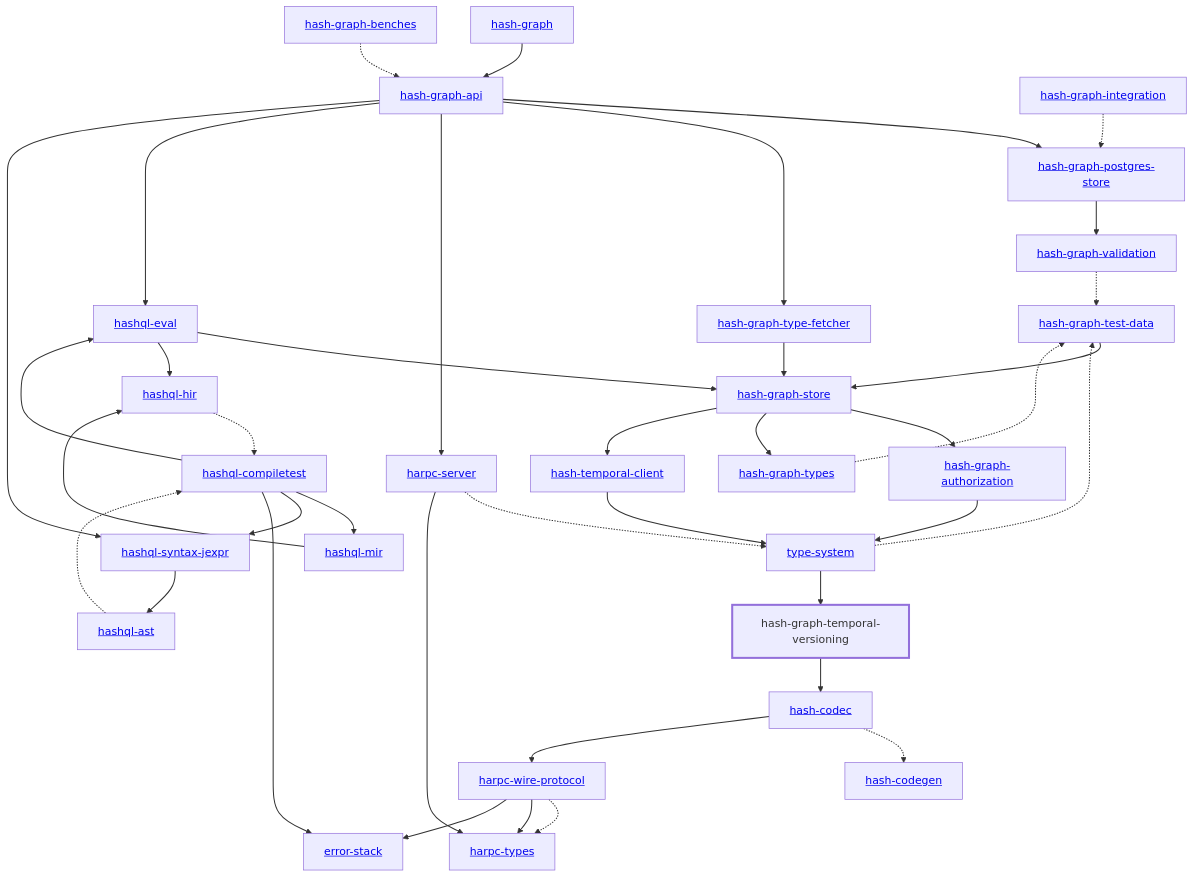
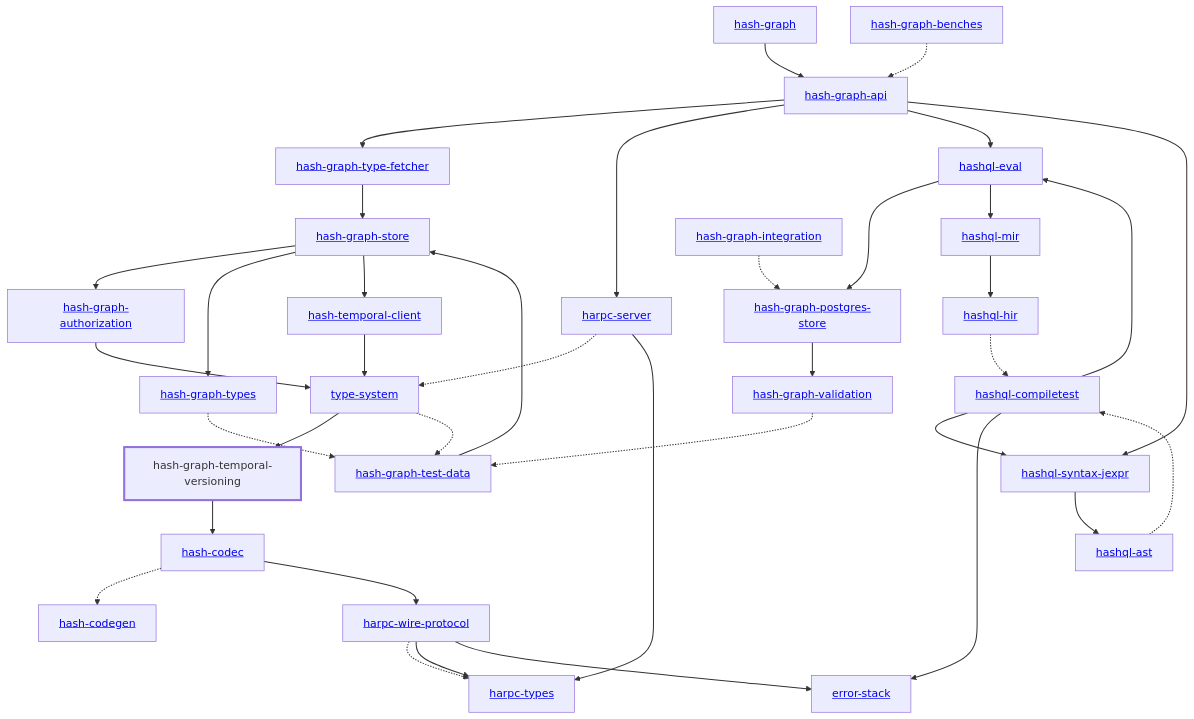
One commit to hashintel/hash changed the diagram in libs/@local/graph/temporal-versioning/docs/dependency-diagram.mmd. Above: the diagram before and after it, drawn with Mermaid. The commit also changed 69 other files, not shown here.

```diff
--- a/libs/@local/graph/temporal-versioning/docs/dependency-diagram.mmd
+++ b/libs/@local/graph/temporal-versioning/docs/dependency-diagram.mmd
@@ -1,75 +1,73 @@
 graph TD
     linkStyle default stroke-width:1.5px
     classDef default stroke-width:1px
     classDef root stroke-width:3px
     classDef dev stroke-width:1px
     classDef build stroke-width:1px
     %% Legend
     %% --> : Normal dependency
     %% -.-> : Dev dependency
     %% ---> : Build dependency
     0[<a href="../hash_graph/index.html">hash-graph</a>]
     1[<a href="../type_system/index.html">type-system</a>]
     2[<a href="../hash_codec/index.html">hash-codec</a>]
     3[<a href="../hash_codegen/index.html">hash-codegen</a>]
     4[<a href="../hash_graph_api/index.html">hash-graph-api</a>]
     5[<a href="../hash_graph_authorization/index.html">hash-graph-authorization</a>]
     6[<a href="../hash_graph_postgres_store/index.html">hash-graph-postgres-store</a>]
     7[<a href="../hash_graph_store/index.html">hash-graph-store</a>]
     8[hash-graph-temporal-versioning]
     class 8 root
     9[<a href="../hash_graph_type_fetcher/index.html">hash-graph-type-fetcher</a>]
     10[<a href="../hash_graph_types/index.html">hash-graph-types</a>]
     11[<a href="../hash_graph_validation/index.html">hash-graph-validation</a>]
     12[<a href="../harpc_server/index.html">harpc-server</a>]
     13[<a href="../harpc_types/index.html">harpc-types</a>]
     14[<a href="../harpc_wire_protocol/index.html">harpc-wire-protocol</a>]
     15[<a href="../hashql_ast/index.html">hashql-ast</a>]
     16[<a href="../hashql_compiletest/index.html">hashql-compiletest</a>]
     17[<a href="../hashql_eval/index.html">hashql-eval</a>]
     18[<a href="../hashql_hir/index.html">hashql-hir</a>]
     19[<a href="../hashql_mir/index.html">hashql-mir</a>]
     20[<a href="../hashql_syntax_jexpr/index.html">hashql-syntax-jexpr</a>]
     21[<a href="../hash_temporal_client/index.html">hash-temporal-client</a>]
     22[<a href="../error_stack/index.html">error-stack</a>]
     23[<a href="../hash_graph_benches/index.html">hash-graph-benches</a>]
     24[<a href="../hash_graph_integration/index.html">hash-graph-integration</a>]
     25[<a href="../hash_graph_test_data/index.html">hash-graph-test-data</a>]
     0 --> 4
     1 --> 8
     1 -.-> 25
     2 -.-> 3
     2 --> 14
-    4 --> 6
     4 --> 9
     4 --> 12
     4 --> 17
     4 --> 20
     5 --> 1
     6 --> 11
     7 --> 5
     7 --> 10
     7 --> 21
     8 --> 2
     9 --> 7
     10 -.-> 25
     11 -.-> 25
     12 -.-> 1
     12 --> 13
     14 -.-> 13
     14 --> 13
     14 --> 22
     15 -.-> 16
     16 --> 17
-    16 --> 19
     16 --> 20
     16 --> 22
-    17 --> 7
-    17 --> 18
+    17 --> 6
+    17 --> 19
     18 -.-> 16
     19 --> 18
     20 --> 15
     21 --> 1
     23 -.-> 4
     24 -.-> 6
     25 --> 7
```
